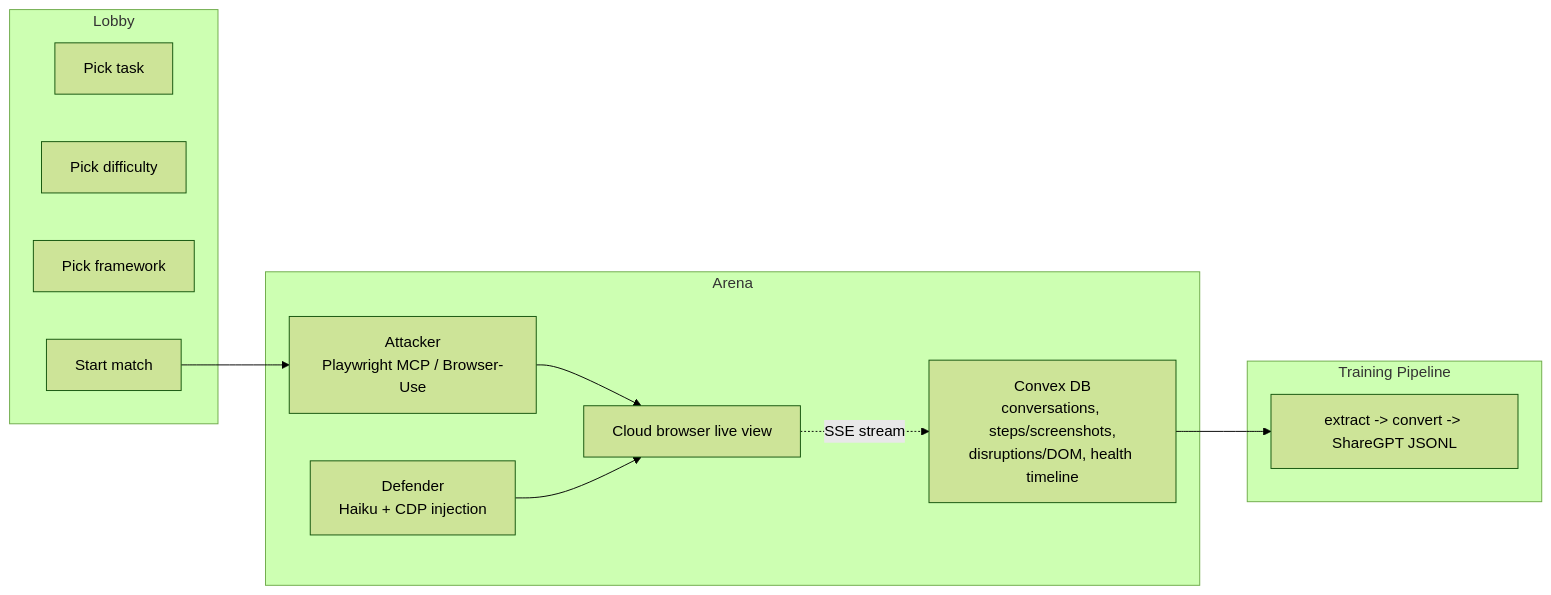
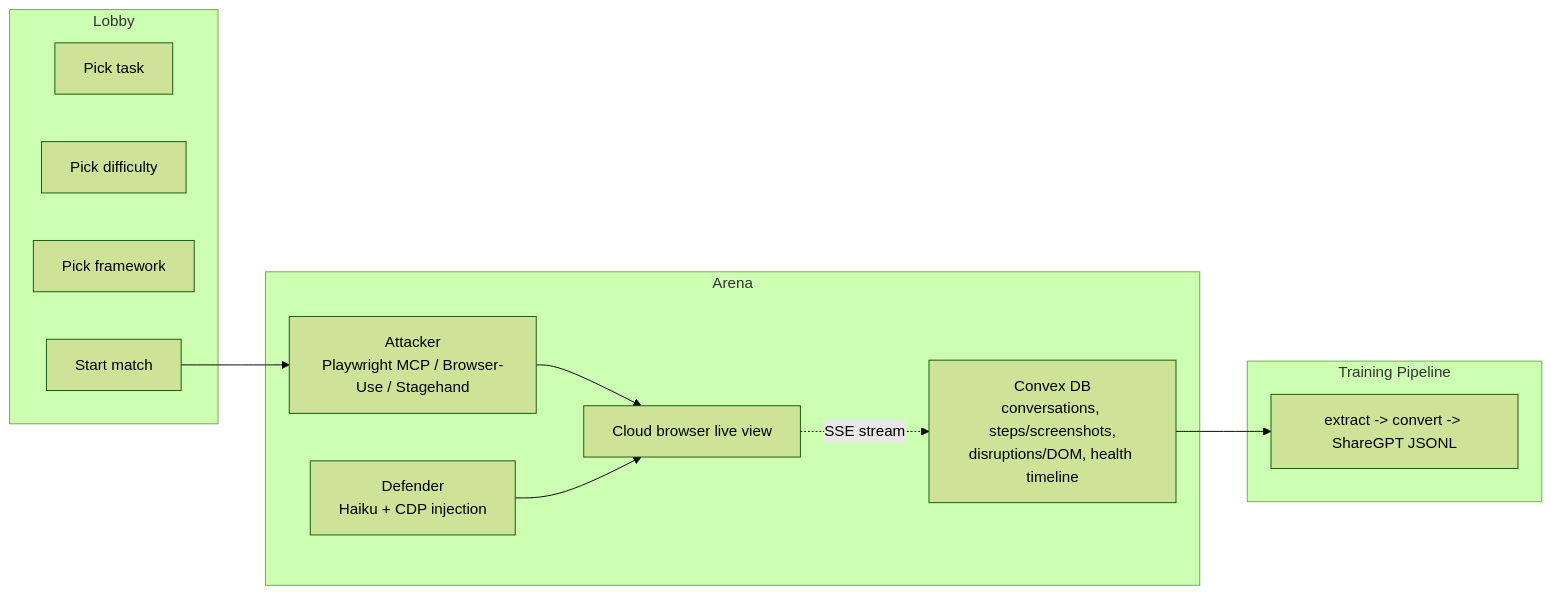
Before and after one commit to RichardHruby/browser-brawl: the diagram in README.md, drawn with Mermaid (forest theme). The commit also changed other lines of this file and 11 other files, not shown here.

Commit message:
fix: reinstate stagehand attacker support

````diff
--- a/README.md
+++ b/README.md
@@ -36,26 +36,26 @@
 ```mermaid
 flowchart LR
   subgraph Lobby
     L1[Pick task]
     L2[Pick difficulty]
     L3[Pick framework]
     L4[Start match]
   end
 
   subgraph Arena
-    A1[Attacker<br/>Playwright MCP / Browser-Use]
+    A1[Attacker<br/>Playwright MCP / Browser-Use / Stagehand]
     A2[Cloud browser live view]
     A3[Defender<br/>Haiku + CDP injection]
     A1 --> A2
     A3 --> A2
     A2 -. SSE stream .-> C1
   end
 
   subgraph TrainingPipeline["Training Pipeline"]
     C1[Convex DB<br/>conversations, steps/screenshots,<br/>disruptions/DOM, health timeline]
     C2[extract -> convert -> ShareGPT JSONL]
     C1 --> C2
   end
 
   L4 --> A1
 ```
````
